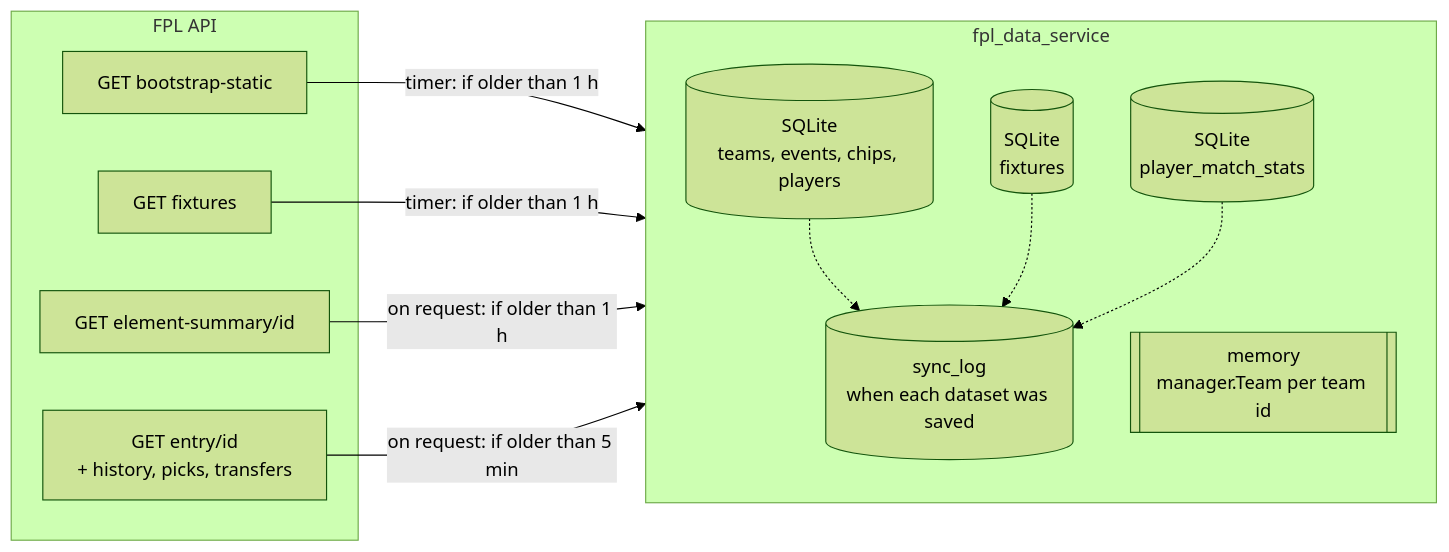
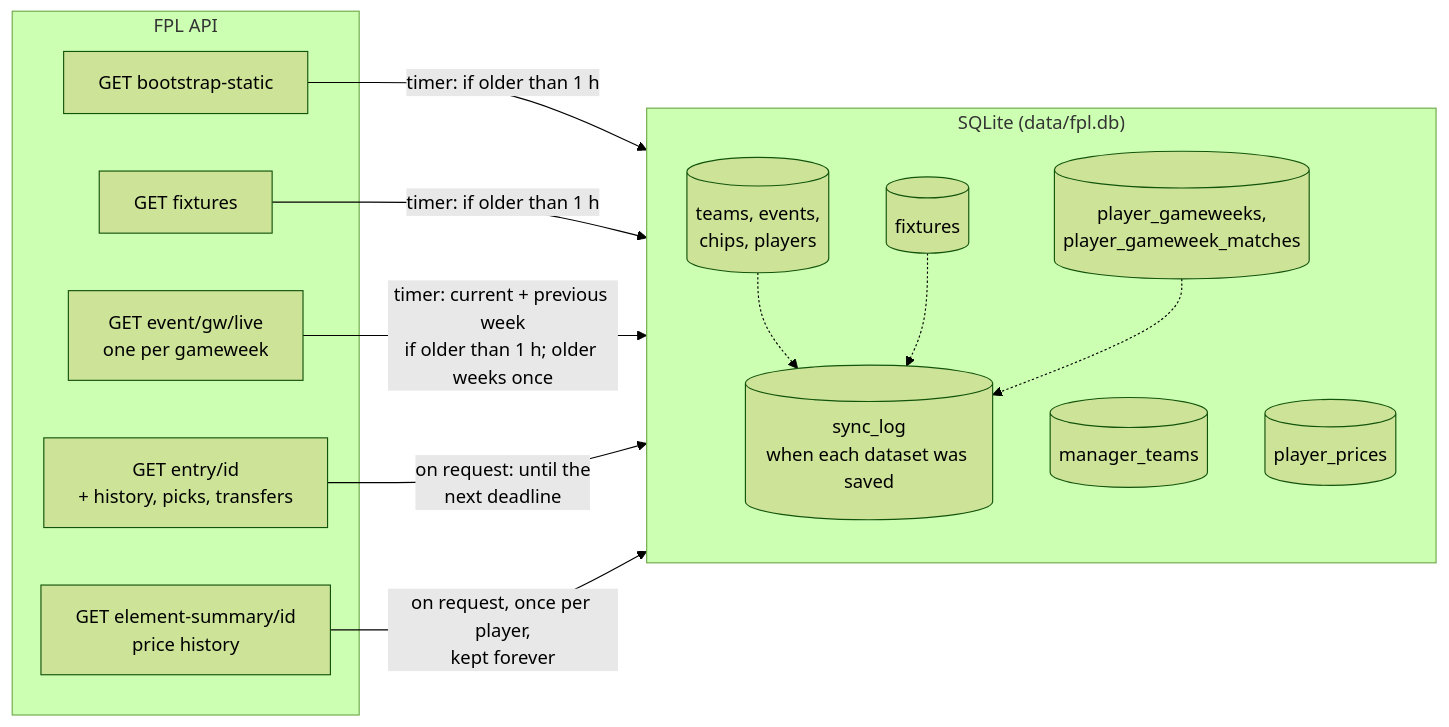
The third of 13 diagrams in docs/architecture.md (KaartikeyNatrajan/SquadScout), drawn with Mermaid (forest theme) before and after one commit. The commit also changed other lines of this file and 188 other files, not shown here.

Commit message:
Change data service to python and add more endpoints

````diff
--- a/docs/architecture.md
+++ b/docs/architecture.md
@@ -152,24 +164,27 @@
 ```mermaid
 flowchart LR
     subgraph api["FPL API"]
         bs["GET bootstrap-static"]
         fx["GET fixtures"]
-        es["GET element-summary/id"]
+        ev["GET event/gw/live<br/>one per gameweek"]
         en["GET entry/id<br/>+ history, picks, transfers"]
+        es["GET element-summary/id<br/>price history"]
     end
 
-    subgraph cache["fpl_data_service"]
+    subgraph store["SQLite (data/fpl.db)"]
         direction TB
-        t1[("SQLite<br/>teams, events, chips, players")]
-        t2[("SQLite<br/>fixtures")]
-        t3[("SQLite<br/>player_match_stats")]
-        m1[["memory<br/>manager.Team per team id"]]
+        t1[("teams, events,<br/>chips, players")]
+        t2[("fixtures")]
+        t3[("player_gameweeks,<br/>player_gameweek_matches")]
+        t4[("manager_teams")]
+        t5[("player_prices")]
         log[("sync_log<br/>when each dataset was saved")]
     end
 
     bs -- "timer: if older than 1 h" --> t1
     fx -- "timer: if older than 1 h" --> t2
-    es -- "on request: if older than 1 h" --> t3
-    en -- "on request: if older than 5 min" --> m1
+    ev -- "timer: current + previous week<br/>if older than 1 h; older weeks once" --> t3
+    en -- "on request: until the<br/>next deadline" --> t4
+    es -- "on request, once per player,<br/>kept forever" --> t5
     t1 & t2 & t3 -.-> log
 ```
````
